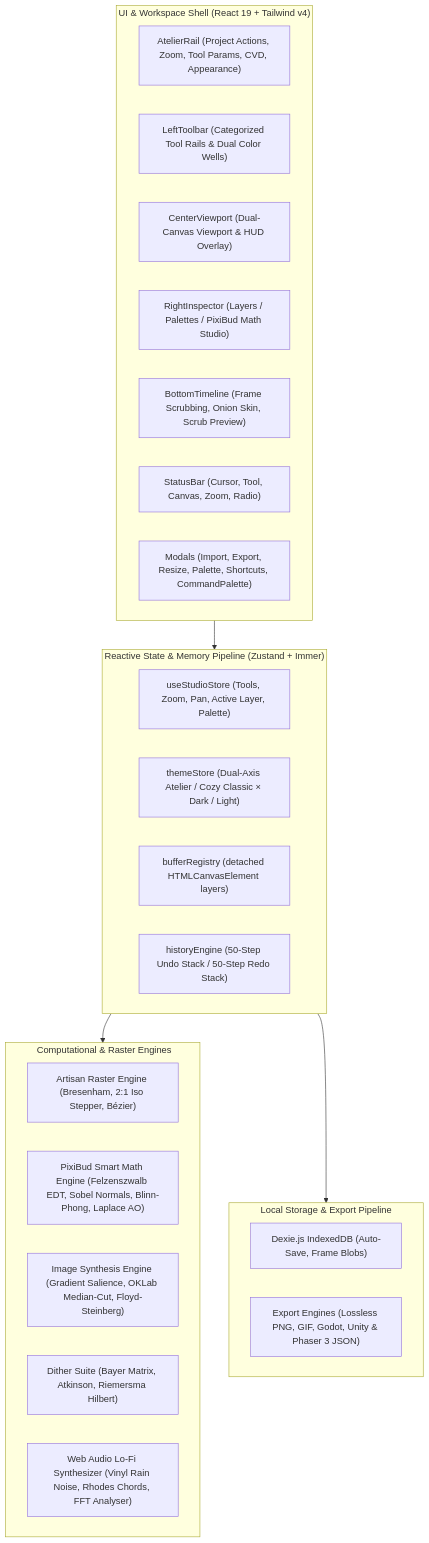
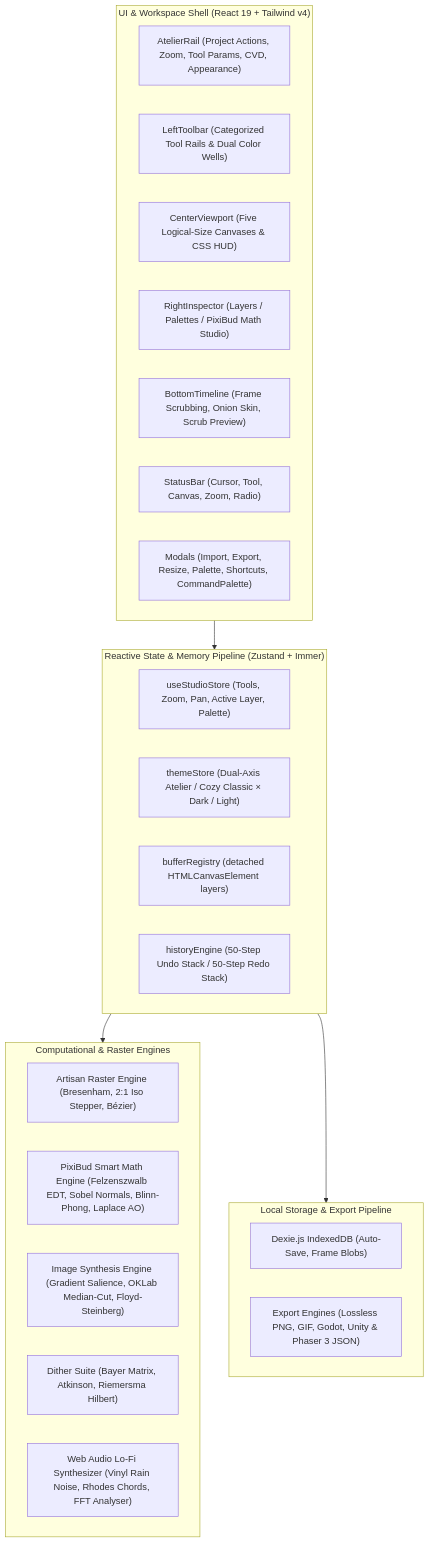
One commit to lxcario/PixiBun changed the first of 7 diagrams in ARCHITECTURE.md. Above: the diagram before and after it, drawn with Mermaid. The commit also changed other lines of this file and 44 other files, not shown here.

````diff
--- a/ARCHITECTURE.md
+++ b/ARCHITECTURE.md
@@ -17,36 +54,36 @@
 ```mermaid
 graph TD
     subgraph UI_Layer [" UI & Workspace Shell (React 19 + Tailwind v4)"]
         AtelierRail["AtelierRail (Project Actions, Zoom, Tool Params, CVD, Appearance)"]
         LeftRail["LeftToolbar (Categorized Tool Rails & Dual Color Wells)"]
-        ViewportShell["CenterViewport (Dual-Canvas Viewport & HUD Overlay)"]
+        ViewportShell["CenterViewport (Five Logical-Size Canvases & CSS HUD)"]
         RightStudio["RightInspector (Layers / Palettes / PixiBud Math Studio)"]
         TimelineDock["BottomTimeline (Frame Scrubbing, Onion Skin, Scrub Preview)"]
         StatusBar["StatusBar (Cursor, Tool, Canvas, Zoom, Radio)"]
         Modals["Modals (Import, Export, Resize, Palette, Shortcuts, CommandPalette)"]
     end
 
     subgraph State_Layer [" Reactive State & Memory Pipeline (Zustand + Immer)"]
         Store["useStudioStore (Tools, Zoom, Pan, Active Layer, Palette)"]
         Theme["themeStore (Dual-Axis Atelier / Cozy Classic × Dark / Light)"]
         BufferReg["bufferRegistry (detached HTMLCanvasElement layers)"]
         UndoRedo["historyEngine (50-Step Undo Stack / 50-Step Redo Stack)"]
     end
 
-    subgraph Core_Engines ["️ Computational & Raster Engines"]
+    subgraph Core_Engines ["Computational & Raster Engines"]
         RasterCore["Artisan Raster Engine (Bresenham, 2:1 Iso Stepper, Bézier)"]
         MathCore["PixiBud Smart Math Engine (Felzenszwalb EDT, Sobel Normals, Blinn-Phong, Laplace AO)"]
         PixelizeCore["Image Synthesis Engine (Gradient Salience, OKLab Median-Cut, Floyd-Steinberg)"]
         DitherCore["Dither Suite (Bayer Matrix, Atkinson, Riemersma Hilbert)"]
         AudioCore["Web Audio Lo-Fi Synthesizer (Vinyl Rain Noise, Rhodes Chords, FFT Analyser)"]
     end
 
     subgraph Storage_Layer [" Local Storage & Export Pipeline"]
         DexieDB["Dexie.js IndexedDB (Auto-Save, Frame Blobs)"]
         Exporter["Export Engines (Lossless PNG, GIF, Godot, Unity & Phaser 3 JSON)"]
     end
 
     UI_Layer --> State_Layer
     State_Layer --> Core_Engines
     State_Layer --> Storage_Layer
 ```
````
